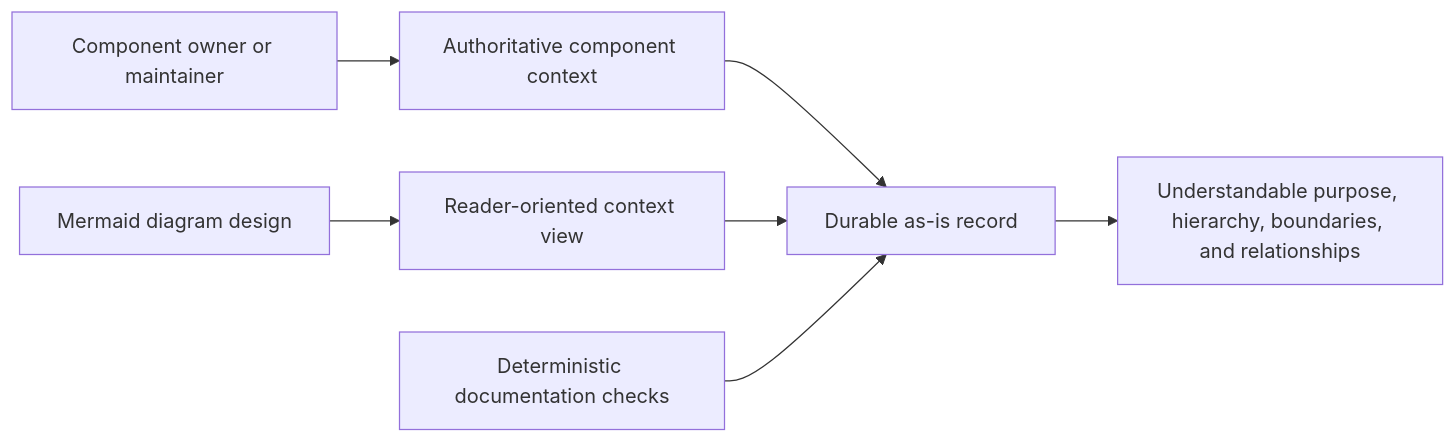
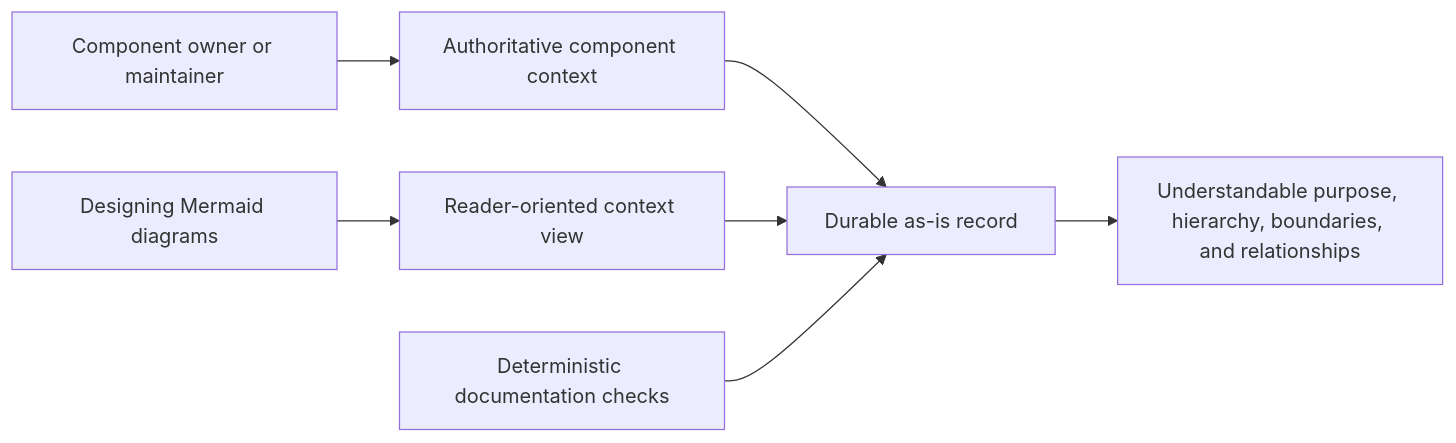
The diagram in skills/managing-as-is-document/as-is.md (abstract-business-systems/as-is), drawn with Mermaid before and after one commit. The commit also changed other lines of this file and 12 other files, not shown here.

Commit message:
docs(skills): rename Mermaid diagram design skill

````diff
--- a/skills/managing-as-is-document/as-is.md
+++ b/skills/managing-as-is-document/as-is.md
@@ -22,9 +22,9 @@
 ```mermaid
 flowchart LR
     AUTHOR[Component owner or maintainer] --> CONTEXT[Authoritative component context]
     CONTEXT --> RECORD[Durable as-is record]
-    DIAGRAM[Mermaid diagram design] --> VIEW[Reader-oriented context view]
+    DIAGRAM[Designing Mermaid diagrams] --> VIEW[Reader-oriented context view]
     VIEW --> RECORD
     RECORD --> READER[Understandable purpose, hierarchy, boundaries, and relationships]
     CHECKS[Deterministic documentation checks] --> RECORD
 ```
````
